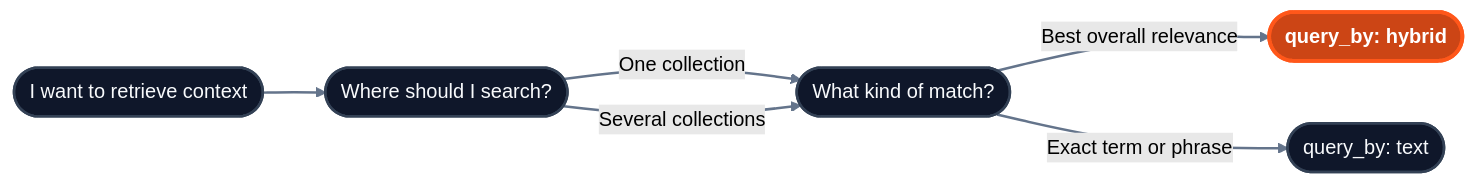
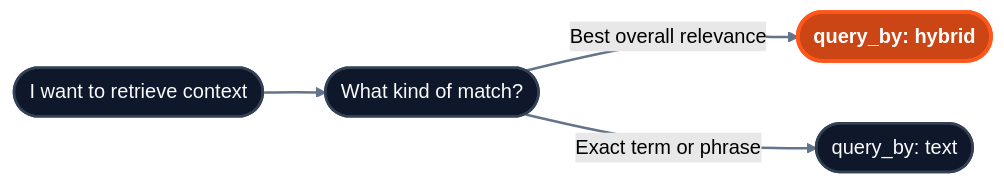
The diagram in api-reference/v2/endpoint/query-overview.mdx (hydra-db/mintlify-docs), drawn with Mermaid (forest theme) before and after one commit. The commit also changed other lines of this file and 20 other files, not shown here.

````diff
--- a/api-reference/v2/endpoint/query-overview.mdx
+++ b/api-reference/v2/endpoint/query-overview.mdx
@@ -19,22 +19,19 @@
 ```mermaid
 flowchart LR
 
 classDef standard fill:#0f172a,stroke:#334155,stroke-width:2px,color:#f8fafc;
 classDef innovation fill:#CC4515,stroke:#FF571A,stroke-width:3px,color:#ffffff,font-weight:bold;
 
 Q([I want to retrieve context])
-S([Where should I search?])
 M([What kind of match?])
 H([query_by: hybrid])
 T([query_by: text])
 
-Q --> S
-S -- "One collection" --> M
-S -- "Several collections" --> M
+Q --> M
 M -- "Best overall relevance" --> H
 M -- "Exact term or phrase" --> T
 
-class Q,S,M,T standard;
+class Q,M,T standard;
 class H innovation;
 linkStyle default stroke:#64748b,stroke-width:2px;
 ```
````
